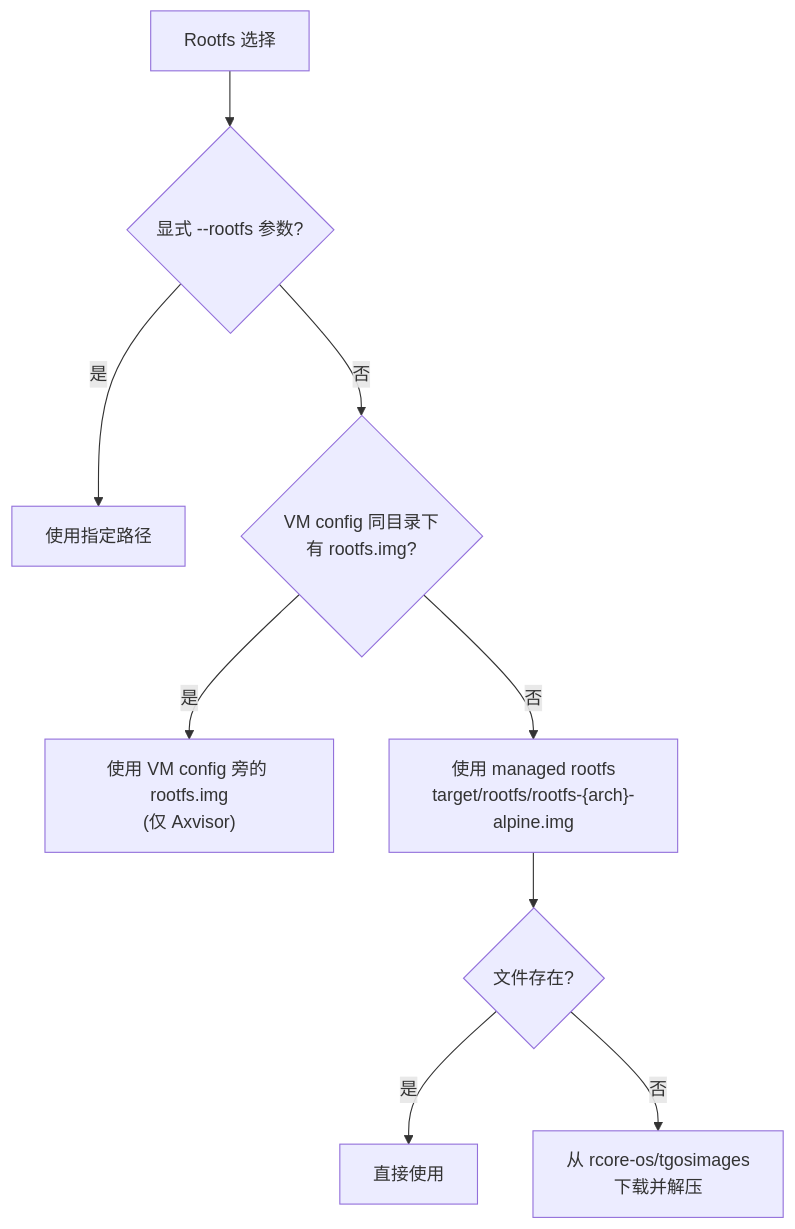
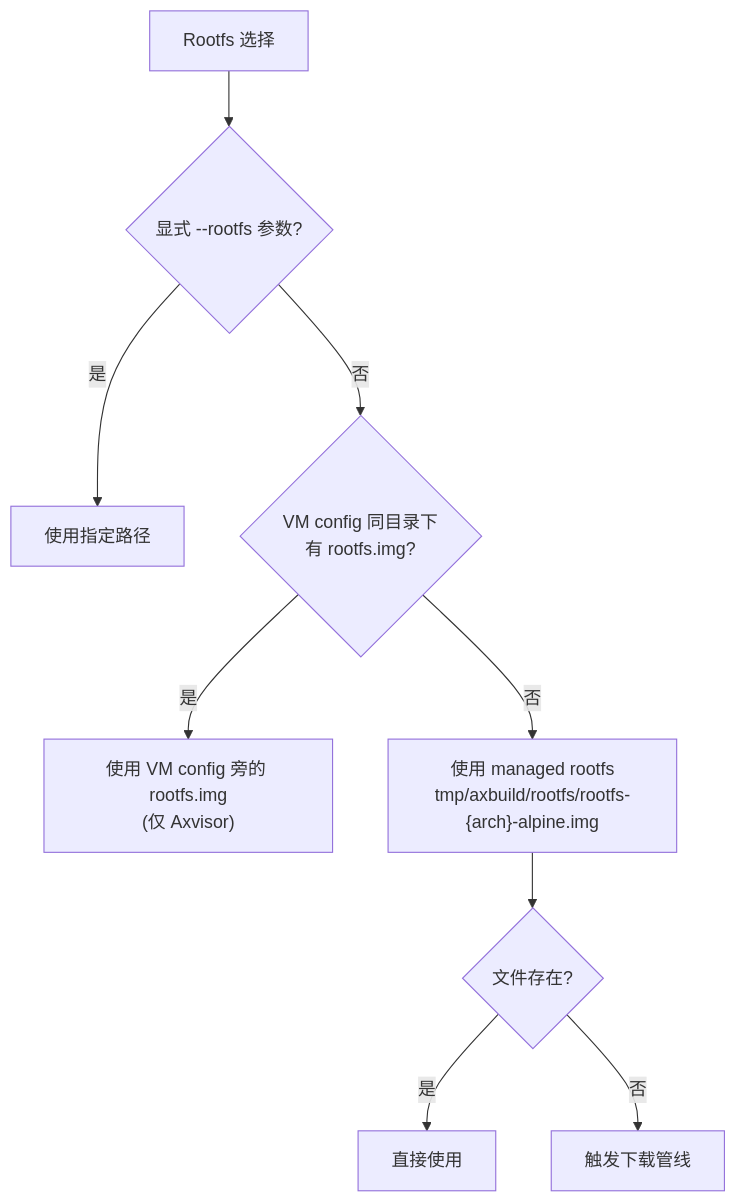
One commit to ZR233/tgoskits changed the fifth of 6 diagrams in docs/docs/build/run.md. Above: the diagram before and after it, drawn with Mermaid. The commit also changed other lines of this file and 9 other files, not shown here.

````diff
--- a/docs/docs/build/run.md
+++ b/docs/docs/build/run.md
@@ -110,11 +267,11 @@
 ```mermaid
 flowchart TD
     A[Rootfs 选择] --> B{显式 --rootfs 参数?}
     B -->|是| C[使用指定路径]
     B -->|否| D{VM config 同目录下<br/>有 rootfs.img?}
     D -->|是| E["使用 VM config 旁的 rootfs.img<br/>(仅 Axvisor)"]
-    D -->|否| F["使用 managed rootfs<br/>target/rootfs/rootfs-{arch}-alpine.img"]
+    D -->|否| F["使用 managed rootfs<br/>tmp/axbuild/rootfs/rootfs-{arch}-alpine.img"]
     F --> G{文件存在?}
     G -->|是| H[直接使用]
-    G -->|否| I["从 rcore-os/tgosimages<br/>下载并解压"]
+    G -->|否| I["触发下载管线"]
 ```
````
